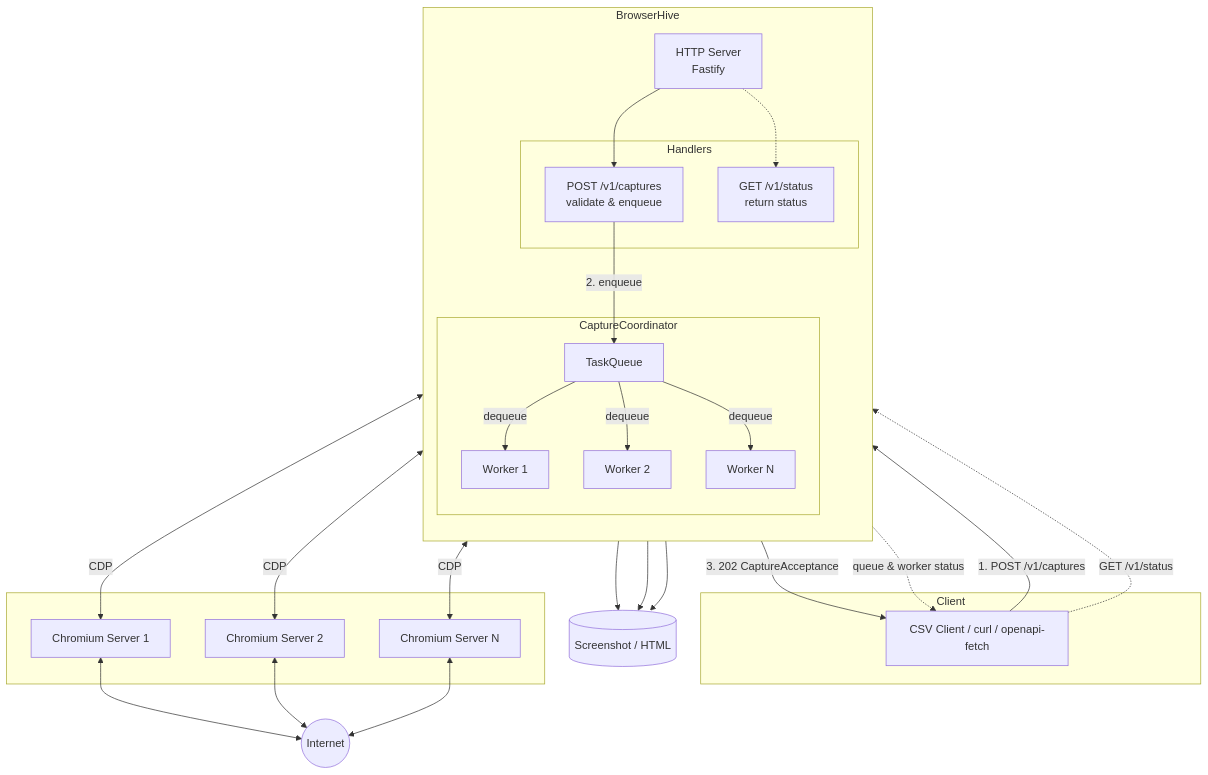
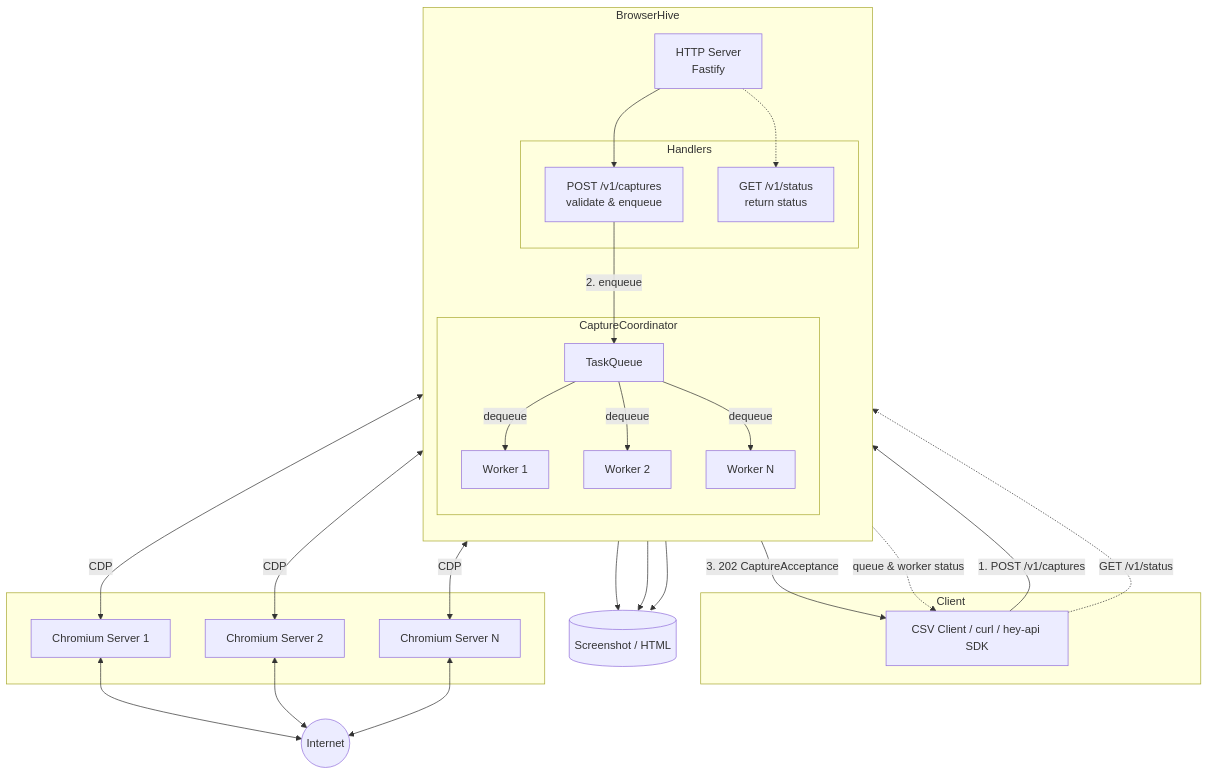
The first of 3 diagrams in README.md (uraitakahito/browserhive), drawn with Mermaid before and after one commit. The commit also changed other lines of this file and 15 other files, not shown here.

````diff
--- a/README.md
+++ b/README.md
@@ -14,51 +14,51 @@
 ```mermaid
 flowchart TB
     subgraph Client
-        CLI[CSV Client / curl / openapi-fetch]
+        CLI[CSV Client / curl / hey-api SDK]
     end
 
     subgraph BrowserHive["BrowserHive"]
         direction TB
         Server[HTTP Server<br/>Fastify]
         subgraph Handlers["Handlers"]
             SubmitCaptureHandler[POST /v1/captures<br/>validate & enqueue]
             GetStatusHandler[GET /v1/status<br/>return status]
         end
         subgraph CaptureCoordinator
             Queue[TaskQueue]
             Worker1[Worker 1]
             Worker2[Worker 2]
             Worker3[Worker N]
         end
     end
 
     subgraph ChromiumServers[" "]
         Browser1[Chromium Server 1]
         Browser2[Chromium Server 2]
         Browser3[Chromium Server N]
     end
 
     Internet((Internet))
 
     Files[(Screenshot / HTML)]
 
     CLI -->|"1. POST /v1/captures"| Server
     Server --> SubmitCaptureHandler
     SubmitCaptureHandler -->|"2. enqueue"| Queue
     SubmitCaptureHandler -->|"3. 202 CaptureAcceptance"| CLI
     CLI -.->|"GET /v1/status"| Server
     Server -.-> GetStatusHandler
     GetStatusHandler -.->|"queue & worker status"| CLI
     Queue -->|dequeue| Worker1
     Queue -->|dequeue| Worker2
     Queue -->|dequeue| Worker3
     Worker1 <-->|CDP| Browser1
     Worker2 <-->|CDP| Browser2
     Worker3 <-->|CDP| Browser3
     Browser1 <--> Internet
     Browser2 <--> Internet
     Browser3 <--> Internet
     Worker1 --> Files
     Worker2 --> Files
     Worker3 --> Files
 ```
````
